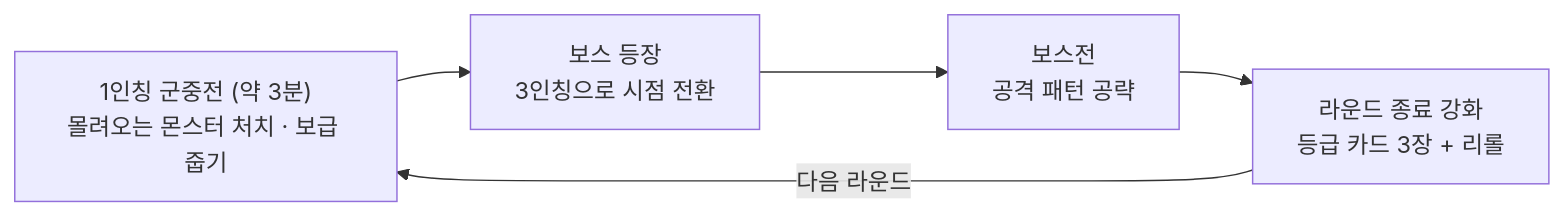
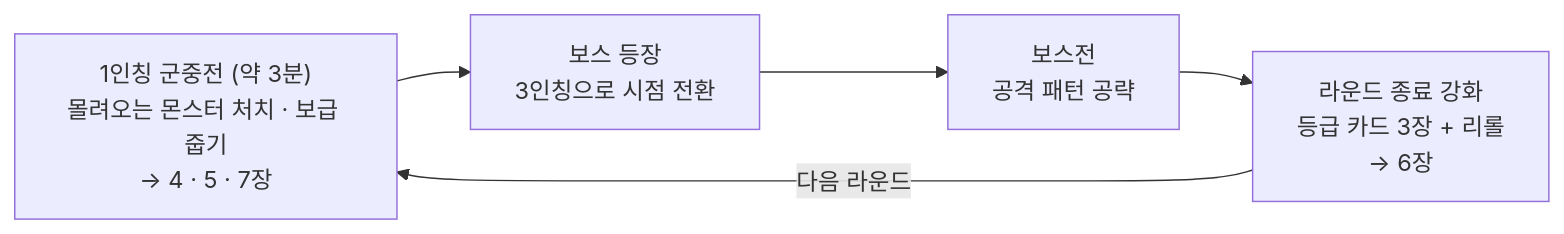
The first of 9 diagrams in src/4-team-even/기술문서.md (pinkshield/portfolio), drawn with Mermaid before and after one commit. The commit also changed other lines of this file and 3 other files, not shown here.

````diff
--- a/src/4-team-even/기술문서.md
+++ b/src/4-team-even/기술문서.md
@@ -45,7 +58,7 @@
 ```mermaid
 flowchart LR
-    A["1인칭 군중전 (약 3분)<br/>몰려오는 몬스터 처치 · 보급 줍기"] --> B["보스 등장<br/>3인칭으로 시점 전환"]
+    A["1인칭 군중전 (약 3분)<br/>몰려오는 몬스터 처치 · 보급 줍기<br/>→ 4 · 5 · 7장"] --> B["보스 등장<br/>3인칭으로 시점 전환"]
     B --> C["보스전<br/>공격 패턴 공략"]
-    C --> D["라운드 종료 강화<br/>등급 카드 3장 + 리롤"]
+    C --> D["라운드 종료 강화<br/>등급 카드 3장 + 리롤<br/>→ 6장"]
     D -->|"다음 라운드"| A
 ```
````
